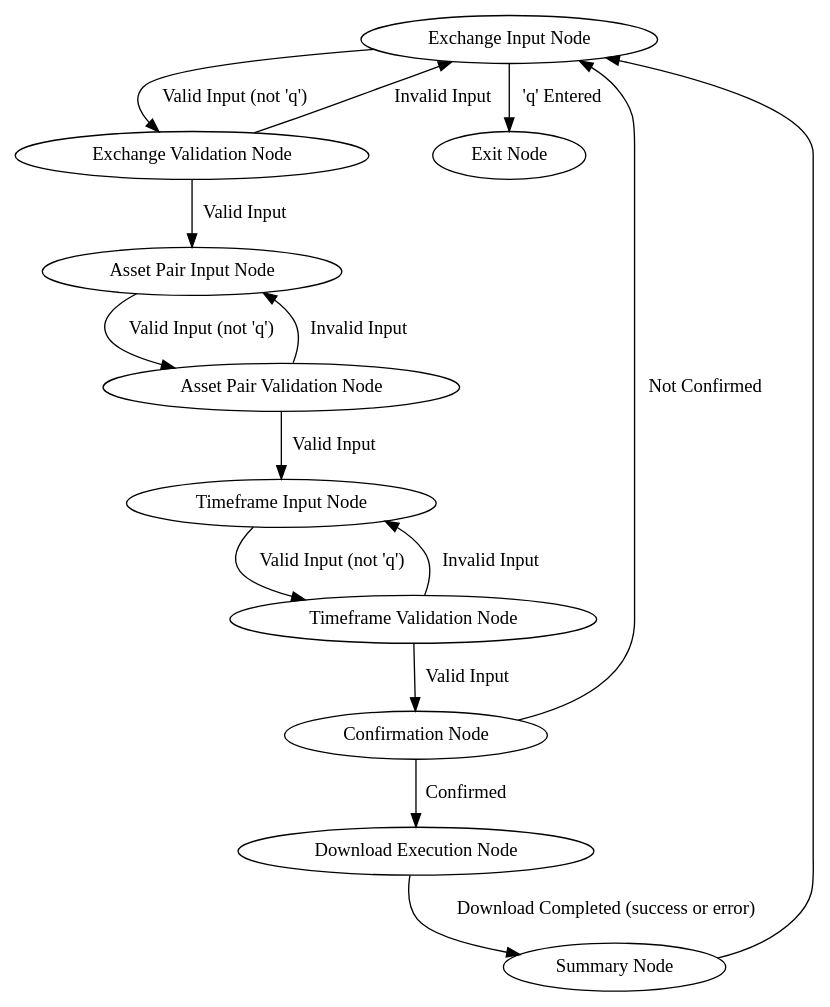
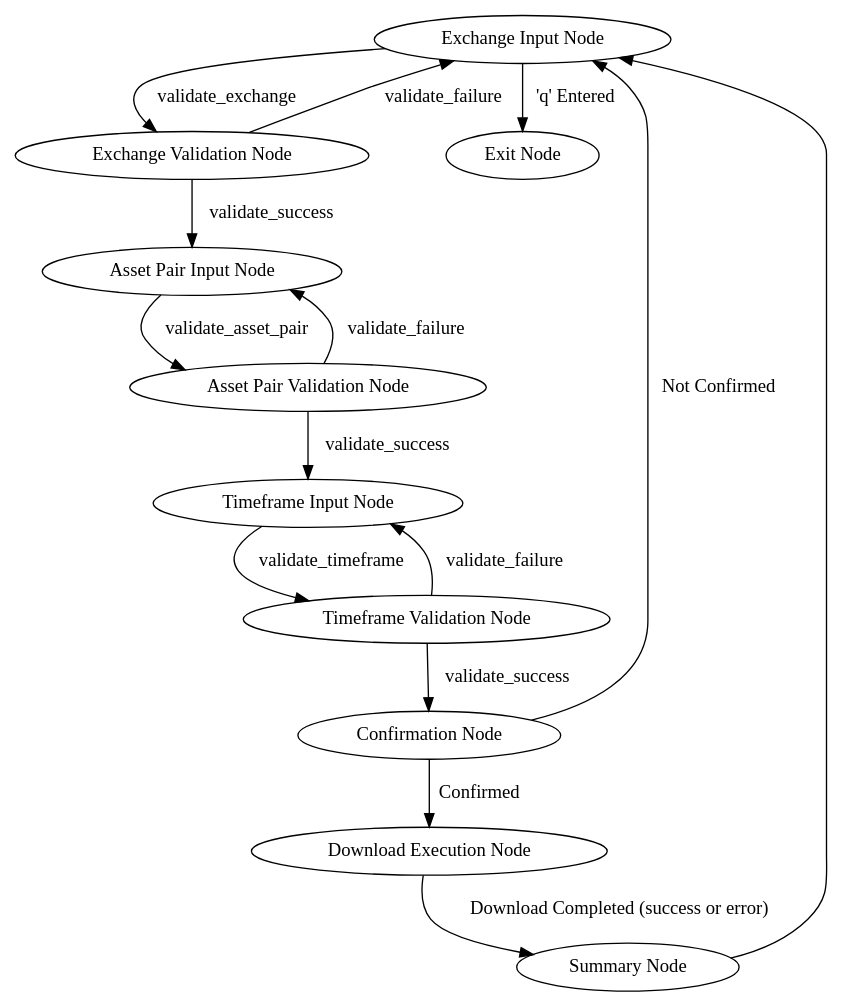
The diagram in docs/design.md (petarkabashki/freqtrade-ai-assistant), drawn with Graphviz before and after one commit. The commit also changed other lines of this file and 4 other files, not shown here.

Commit message:
refactor: Move validation logic out of input nodes

````diff
--- a/docs/design.md
+++ b/docs/design.md
@@ -13,18 +13,21 @@
 ```dot
 digraph freqtrade_assistant {
-    "Exchange Input Node" -> "Exchange Validation Node" [ label="Valid Input (not 'q')" ];
+    "Exchange Input Node" -> "Exchange Validation Node" [ label="validate_exchange" ];
     "Exchange Input Node" -> "Exit Node" [ label="'q' Entered" ];
-    "Exchange Validation Node" -> "Asset Pair Input Node" [ label="Valid Input" ];
-    "Exchange Validation Node" -> "Exchange Input Node" [ label="Invalid Input" ];
-    "Asset Pair Input Node" -> "Asset Pair Validation Node" [ label="Valid Input (not 'q')" ];
-    "Asset Pair Validation Node" -> "Timeframe Input Node" [ label="Valid Input" ];
-    "Asset Pair Validation Node" -> "Asset Pair Input Node" [ label="Invalid Input" ];
-    "Timeframe Input Node" -> "Timeframe Validation Node" [ label="Valid Input (not 'q')" ];
-    "Timeframe Validation Node" -> "Confirmation Node" [ label="Valid Input" ];
-    "Timeframe Validation Node" -> "Timeframe Input Node" [ label="Invalid Input" ];
+    "Exchange Validation Node" -> "Asset Pair Input Node" [ label="validate_success" ];
+    "Exchange Validation Node" -> "Exchange Input Node" [ label="validate_failure" ];
+
+    "Asset Pair Input Node" -> "Asset Pair Validation Node" [ label="validate_asset_pair" ];
+    "Asset Pair Validation Node" -> "Timeframe Input Node" [ label="validate_success" ];
+    "Asset Pair Validation Node" -> "Asset Pair Input Node" [ label="validate_failure" ];
+
+    "Timeframe Input Node" -> "Timeframe Validation Node" [ label="validate_timeframe" ];
+    "Timeframe Validation Node" -> "Confirmation Node" [ label="validate_success" ];
+    "Timeframe Validation Node" -> "Timeframe Input Node" [ label="validate_failure" ];
+
     "Confirmation Node" -> "Download Execution Node" [ label="Confirmed" ];
     "Confirmation Node" -> "Exchange Input Node" [ label="Not Confirmed" ];
     "Download Execution Node" -> "Summary Node" [ label="Download Completed (success or error)" ];
     "Summary Node" -> "Exchange Input Node";
 }
 ```
````
